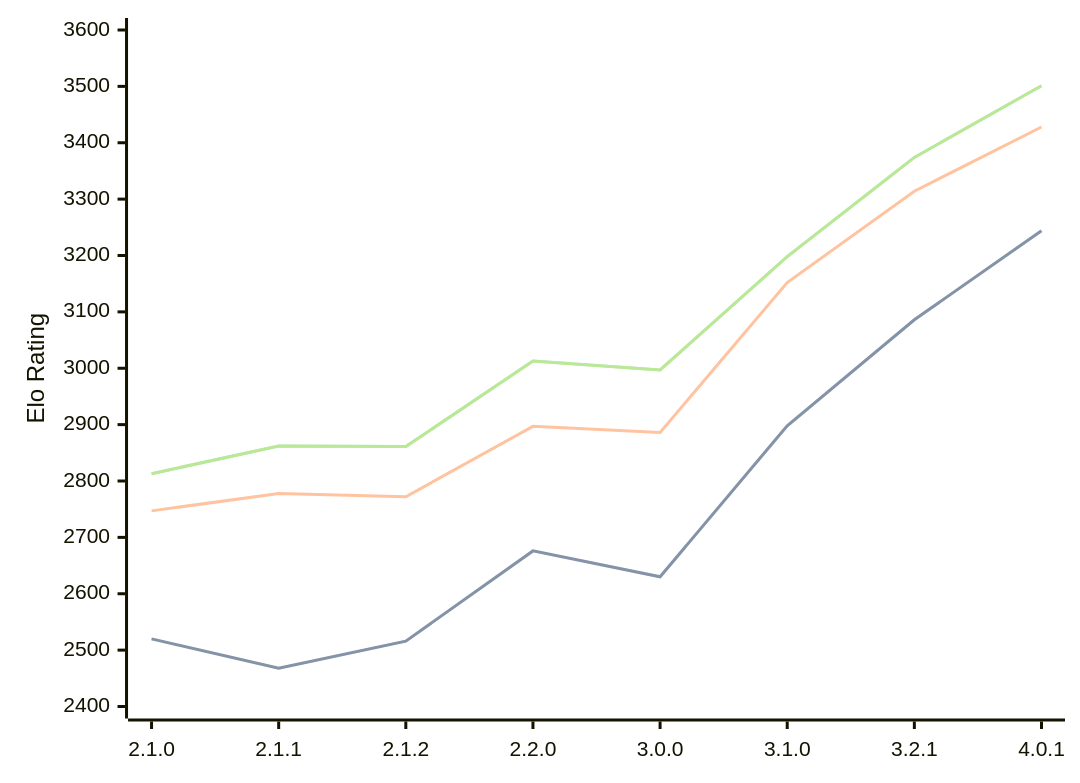
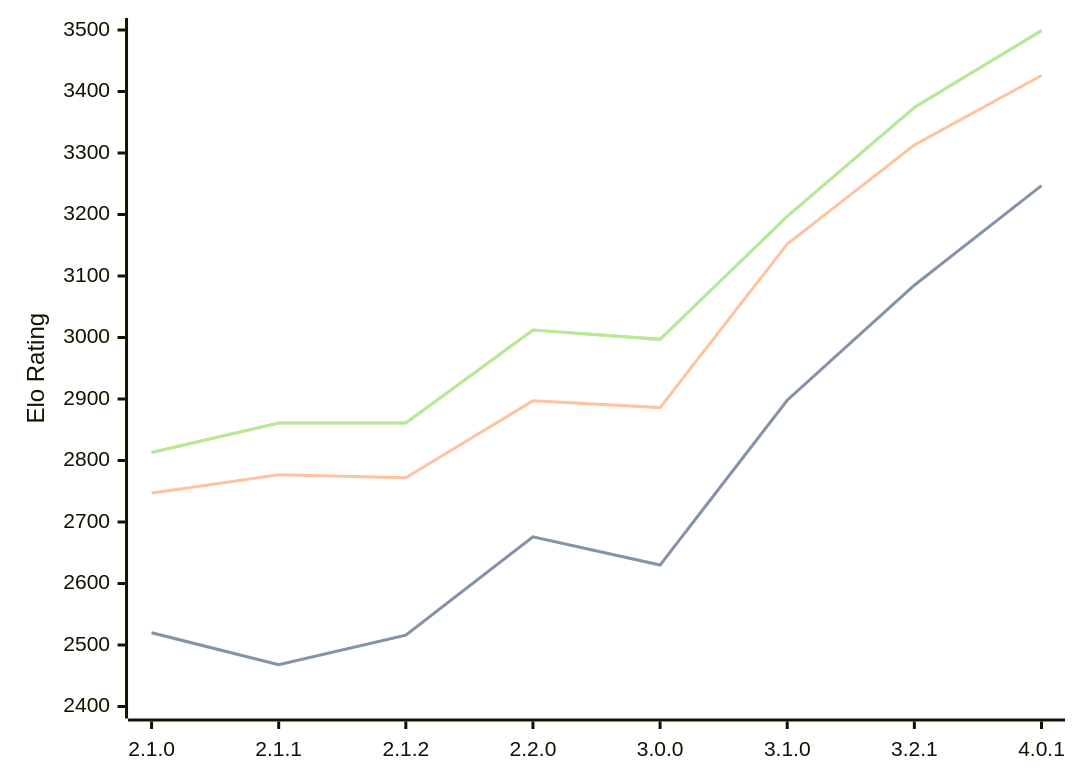
One commit to computer-chess-index/cci changed the diagram in engines/Prune.md. Above: the diagram before and after it, drawn with Mermaid. The commit also changed other lines of this file, not shown here.

Commit message:
Update CCI Ratings (ELO VLTC) - 2026-08-03

````diff
--- a/engines/Prune.md
+++ b/engines/Prune.md
@@ -44,11 +44,11 @@
 ```mermaid
 %%{init: {"theme":"base","themeVariables":{"seriesColors:['#a3a3a3','#222221','#faa371']}}}%%
 xychart-beta
   x-axis ["2.1.0", "2.1.1", "2.1.2", "2.2.0", "3.0.0", "3.1.0", "3.2.1", "4.0.1"]
-  y-axis "Elo Rating" 2400 --> 3600
-  line "STC (8.0+0.08s)" [2520, 2468, 2516, 2676, 2630, 2898, 3086, 3244]
-  line "STC (8.0+0.08s)" [2520, 2468, 2516, 2676, 2630, 2898, 3086, 3244]
-  line "LTC (60.0+0.60s)" [2747, 2778, 2772, 2897, 2886, 3152, 3314, 3428]
-  line "VLTC (2m24s+1.12s)" [2813, 2862, 2861, 3013, 2997, 3198, 3374, 3501]
-  line "VLTC (2m24s+1.12s)" [2813, 2862, 2861, 3013, 2997, 3198, 3374, 3501]
+  y-axis "Elo Rating" 2400 --> 3500
+  line "STC (8.0+0.08s)" [2520, 2468, 2516, 2676, 2630, 2898, 3085, 3247]
+  line "STC (8.0+0.08s)" [2520, 2468, 2516, 2676, 2630, 2898, 3085, 3247]
+  line "LTC (60.0+0.60s)" [2747, 2777, 2772, 2897, 2886, 3152, 3313, 3426]
+  line "VLTC (2m24s+1.12s)" [2813, 2861, 2861, 3012, 2997, 3197, 3374, 3499]
+  line "VLTC (2m24s+1.12s)" [2813, 2861, 2861, 3012, 2997, 3197, 3374, 3499]
 ```
````
